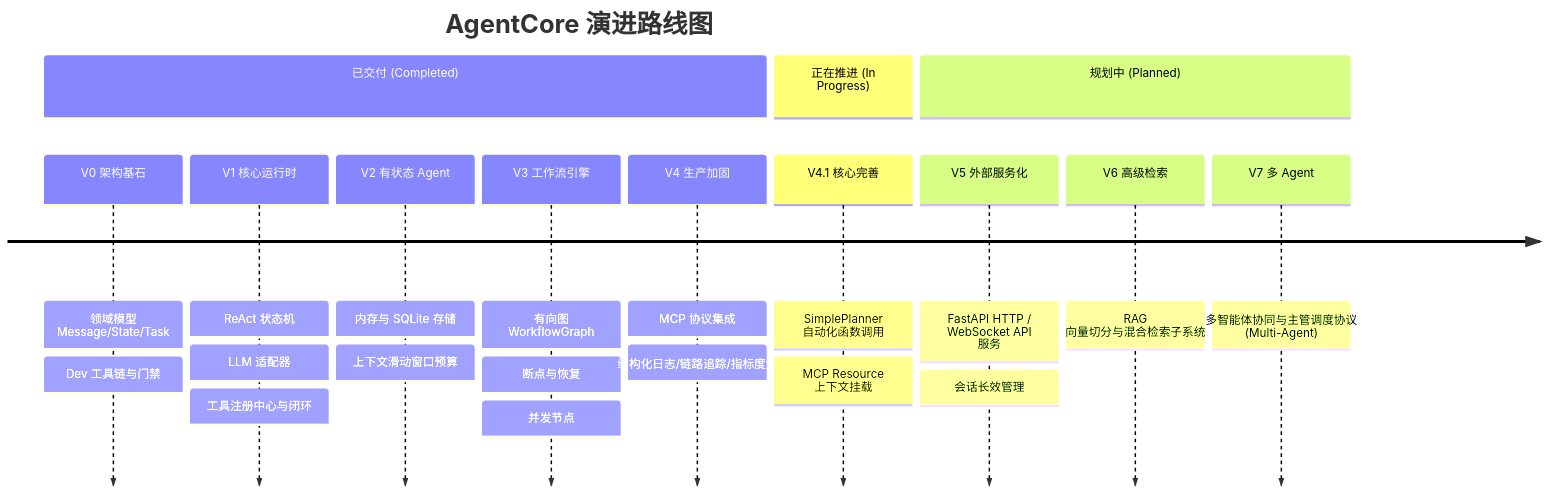
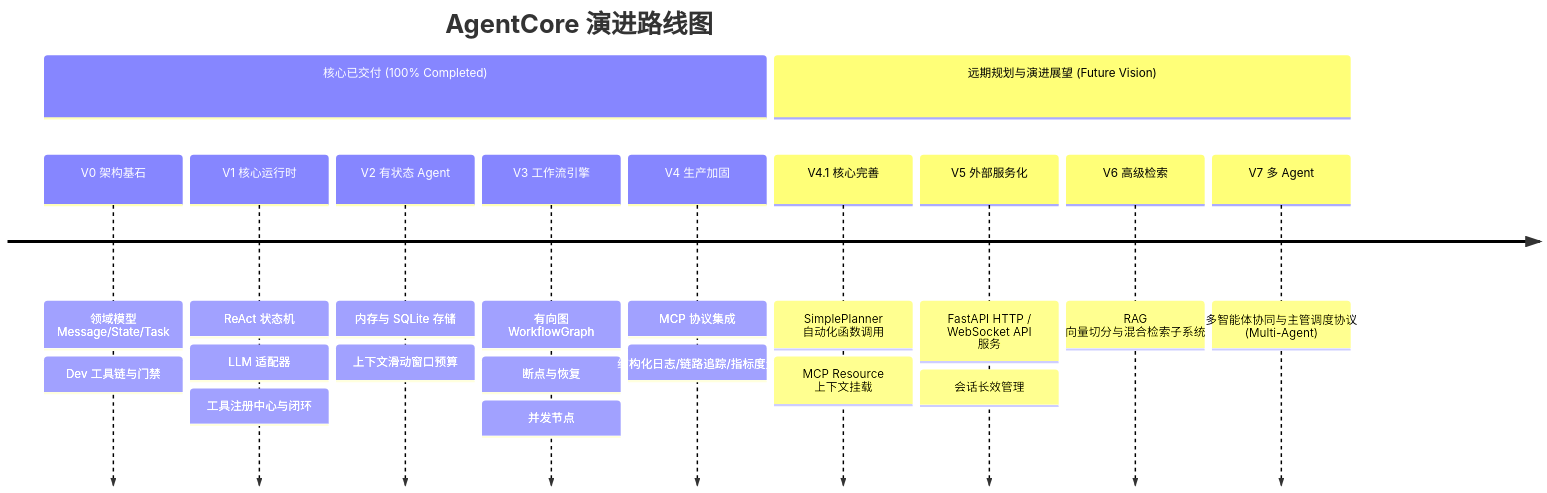
The diagram in docs/roadmap/roadmap.md (theGitForDalibor/AgentCore), drawn with Mermaid before and after one commit. The commit also changed other lines of this file and 2 other files, not shown here.

Commit message:
feat(docs): update roadmap and project status to reflect 100% completion of core runtime phases

````diff
--- a/docs/roadmap/roadmap.md
+++ b/docs/roadmap/roadmap.md
@@ -10,16 +10,15 @@
 ```mermaid
 timeline
     title AgentCore 演进路线图
-    section 已交付 (Completed)
+    section 核心已交付 (100% Completed)
         V0 架构基石 : 领域模型 Message/State/Task : Dev 工具链与门禁
         V1 核心运行时 : ReAct 状态机 : LLM 适配器 : 工具注册中心与闭环
         V2 有状态 Agent : 内存与 SQLite 存储 : 上下文滑动窗口预算
         V3 工作流引擎 : 有向图 WorkflowGraph : 断点与恢复 : 并发节点
         V4 生产加固 : MCP 协议集成 : 结构化日志/链路追踪/指标度量
-    section 正在推进 (In Progress)
+    section 远期规划与演进展望 (Future Vision)
         V4.1 核心完善 : SimplePlanner 自动化函数调用 : MCP Resource 上下文挂载
-    section 规划中 (Planned)
         V5 外部服务化 : FastAPI HTTP / WebSocket API 服务 : 会话长效管理
         V6 高级检索 : RAG 向量切分与混合检索子系统
         V7 多 Agent : 多智能体协同与主管调度协议 (Multi-Agent)
 ```
````
